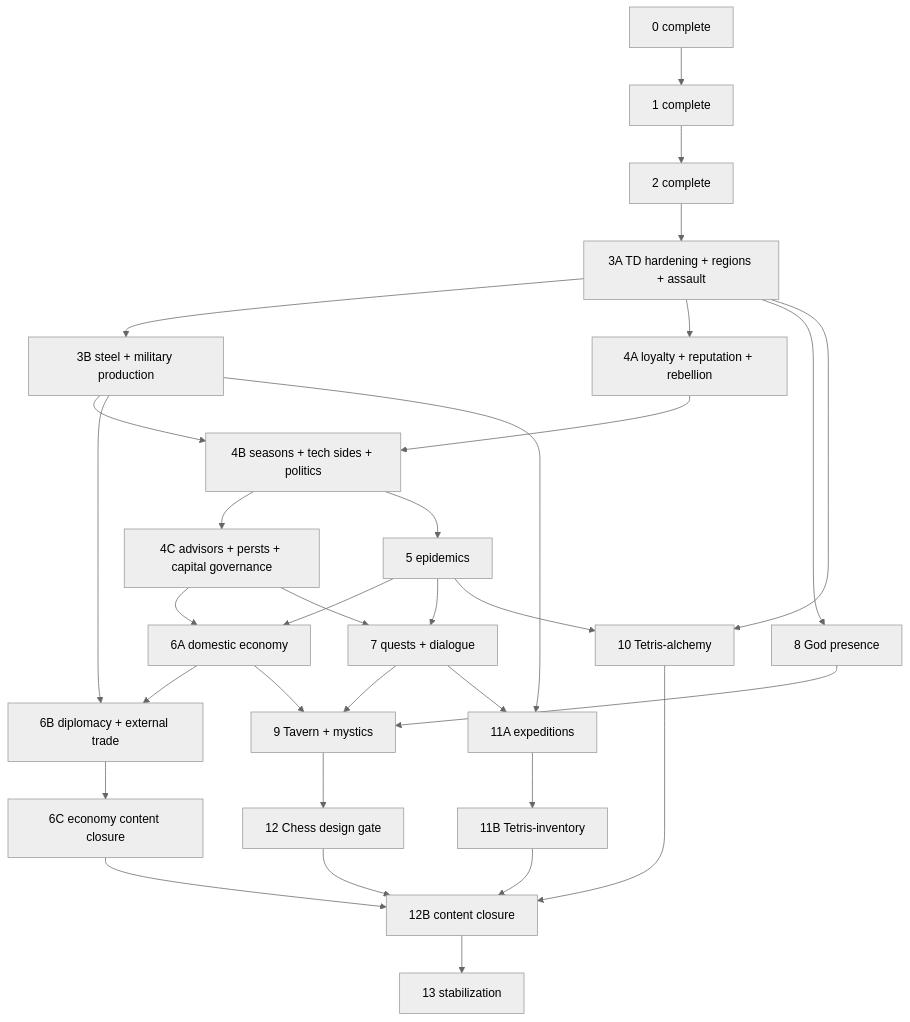
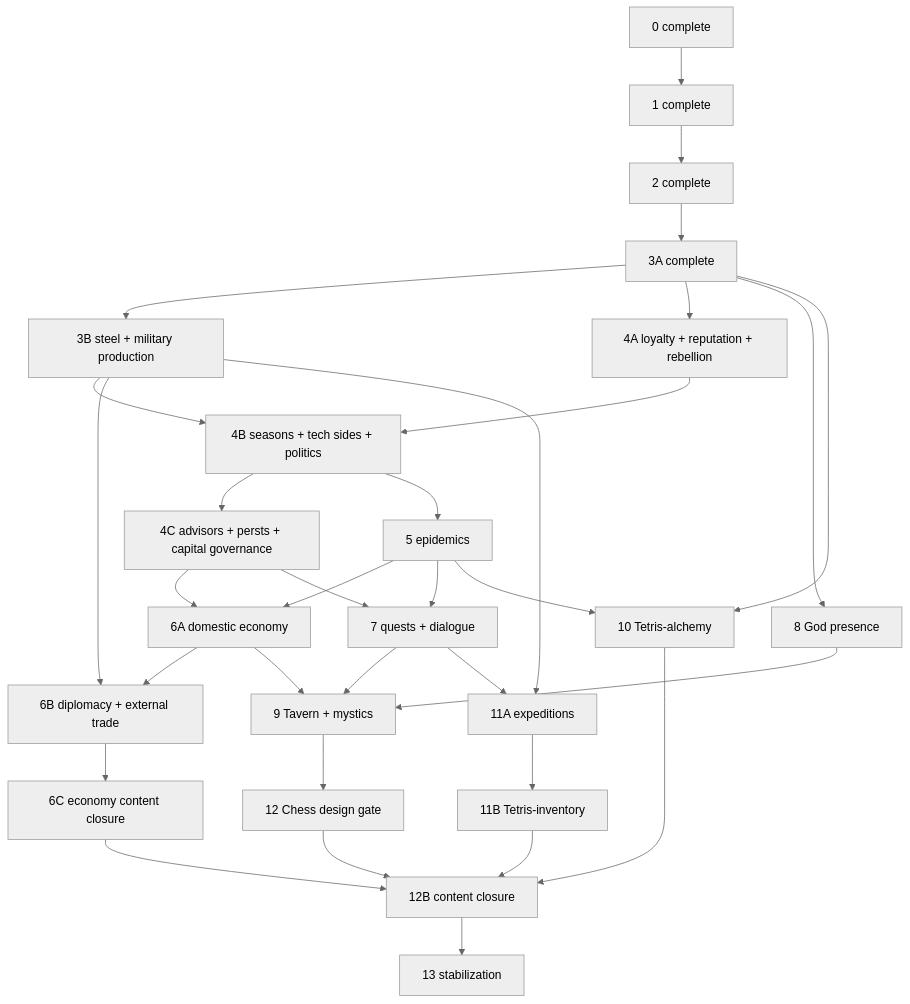
One commit to akulihin/King-of-the-Garbage-Hill changed the diagram in plans/empires-endgame/README.md. Above: the diagram before and after it, drawn with Mermaid (neutral theme). The commit also changed other lines of this file and 23 other files, not shown here.

````diff
--- a/plans/empires-endgame/README.md
+++ b/plans/empires-endgame/README.md
@@ -45,34 +47,34 @@
 ```mermaid
 graph TD
   P0[0 complete] --> P1[1 complete]
   P1 --> P2[2 complete]
-  P2 --> P3A[3A TD hardening + regions + assault]
+  P2 --> P3A[3A complete]
   P3A --> P3B[3B steel + military production]
   P3A --> P4A[4A loyalty + reputation + rebellion]
   P3B --> P4B[4B seasons + tech sides + politics]
   P4A --> P4B
   P4B --> P4C[4C advisors + persts + capital governance]
   P4B --> P5[5 epidemics]
   P4C --> P6A[6A domestic economy]
   P5 --> P6A
   P3B --> P6B[6B diplomacy + external trade]
   P6A --> P6B
   P6B --> P6C[6C economy content closure]
   P5 --> P7[7 quests + dialogue]
   P4C --> P7
   P3A --> P8[8 God presence]
   P6A --> P9[9 Tavern + mystics]
   P7 --> P9
   P8 --> P9
   P3A --> P10[10 Tetris-alchemy]
   P5 --> P10
   P3B --> P11A[11A expeditions]
   P7 --> P11A
   P11A --> P11B[11B Tetris-inventory]
   P9 --> P12[12 Chess design gate]
   P6C --> P12B[12B content closure]
   P10 --> P12B
   P11B --> P12B
   P12 --> P12B
   P12B --> P13[13 stabilization]
 ```
````
